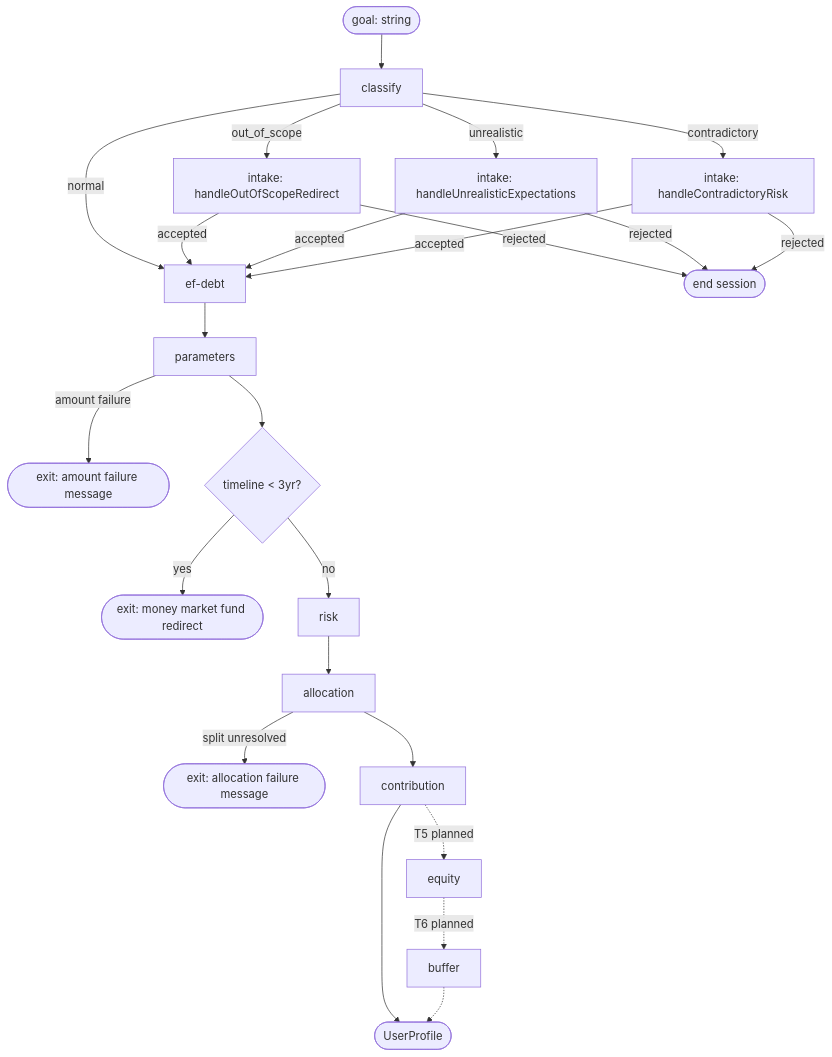
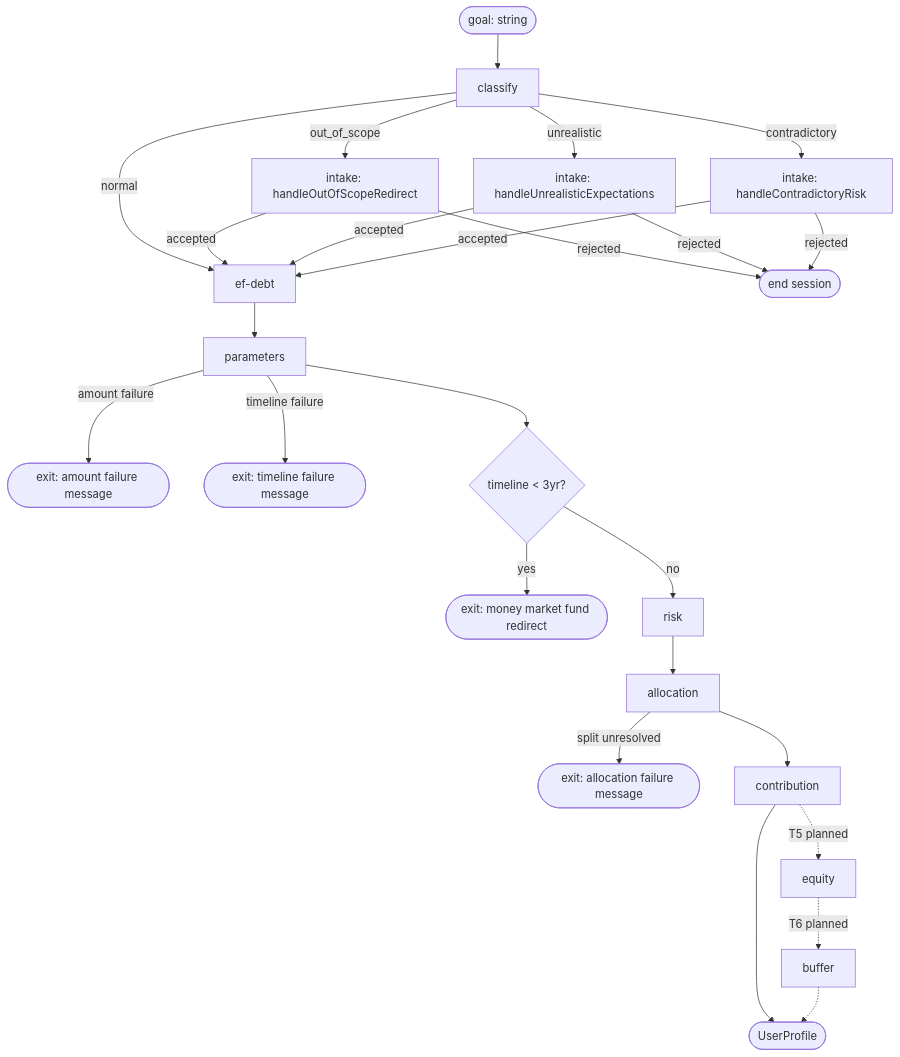
Before and after one commit to itayg43/lazy-advisor: the diagram in documentation/ARCHITECTURE.md, drawn with Mermaid. The commit also changed other lines of this file and 8 other files, not shown here.

````diff
--- a/documentation/ARCHITECTURE.md
+++ b/documentation/ARCHITECTURE.md
@@ -11,28 +11,29 @@
 ```mermaid
 flowchart TD
     Start([goal: string]) --> Classify[classify]
     Classify -->|normal| EfDebt[ef-debt]
     Classify -->|out_of_scope| OOS[intake: handleOutOfScopeRedirect]
     Classify -->|unrealistic| Unreal[intake: handleUnrealisticExpectations]
     Classify -->|contradictory| Contra[intake: handleContradictoryRisk]
 
     OOS -->|accepted| EfDebt
     OOS -->|rejected| End([end session])
     Unreal -->|accepted| EfDebt
     Unreal -->|rejected| End
     Contra -->|accepted| EfDebt
     Contra -->|rejected| End
 
     EfDebt --> Parameters[parameters]
     Parameters -->|amount failure| ExitAmount([exit: amount failure message])
+    Parameters -->|timeline failure| ExitTimeline([exit: timeline failure message])
     Parameters --> ShortHorizon{timeline < 3yr?}
     ShortHorizon -->|yes| ExitShort([exit: money market fund redirect])
     ShortHorizon -->|no| Risk[risk]
     Risk --> Allocation[allocation]
     Allocation -->|split unresolved| ExitAllocation([exit: allocation failure message])
     Allocation --> Contribution[contribution]
     Contribution --> Profile([UserProfile])
     Contribution -.->|T5 planned| Equity[equity]
     Equity -.->|T6 planned| Buffer[buffer]
     Buffer -.-> Profile
 ```
````
